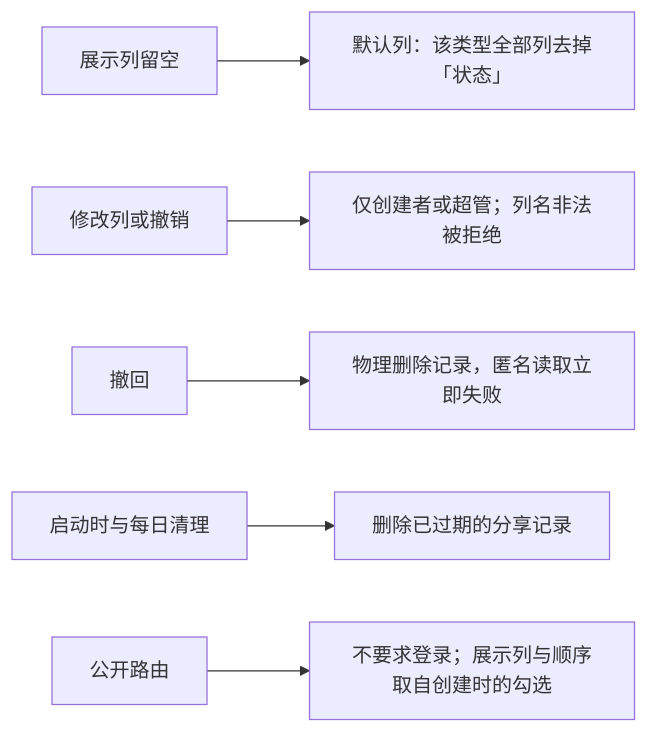
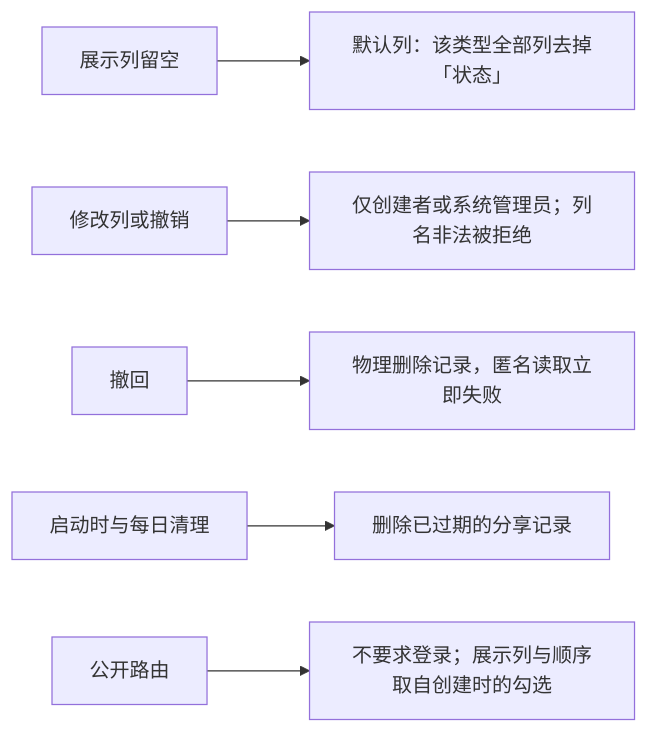
Diagram 23 of 31 in docs/websites/pages/dev-flows.md (Sakana-1314/Electrical-Manager), drawn with Mermaid before and after one commit. The commit also changed other lines of this file and 74 other files, not shown here.

````diff
--- a/docs/websites/pages/dev-flows.md
+++ b/docs/websites/pages/dev-flows.md
@@ -399,8 +399,8 @@
 ```mermaid
 flowchart LR
     A["展示列留空"] --> B["默认列：该类型全部列去掉「状态」"]
-    C["修改列或撤销"] --> D["仅创建者或超管；列名非法被拒绝"]
+    C["修改列或撤销"] --> D["仅创建者或系统管理员；列名非法被拒绝"]
     E["撤回"] --> F["物理删除记录，匿名读取立即失败"]
     G["启动时与每日清理"] --> H["删除已过期的分享记录"]
     I["公开路由"] --> J["不要求登录；展示列与顺序取自创建时的勾选"]
 ```
````
